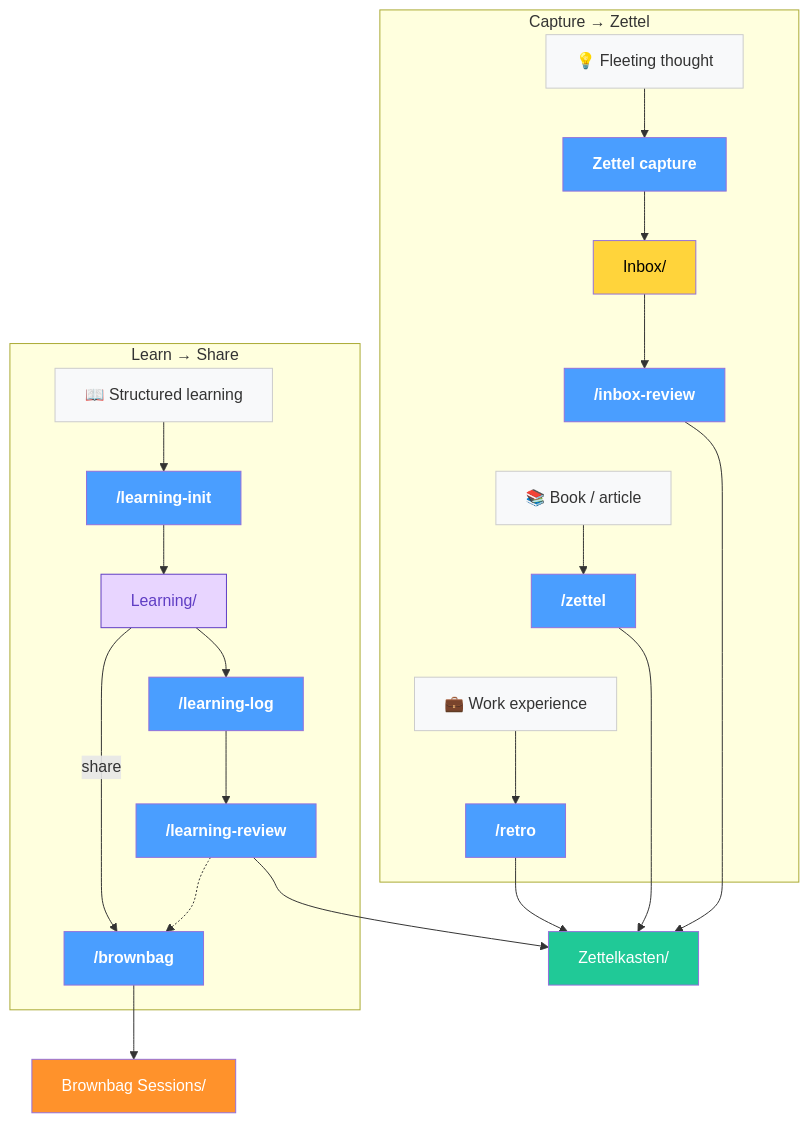
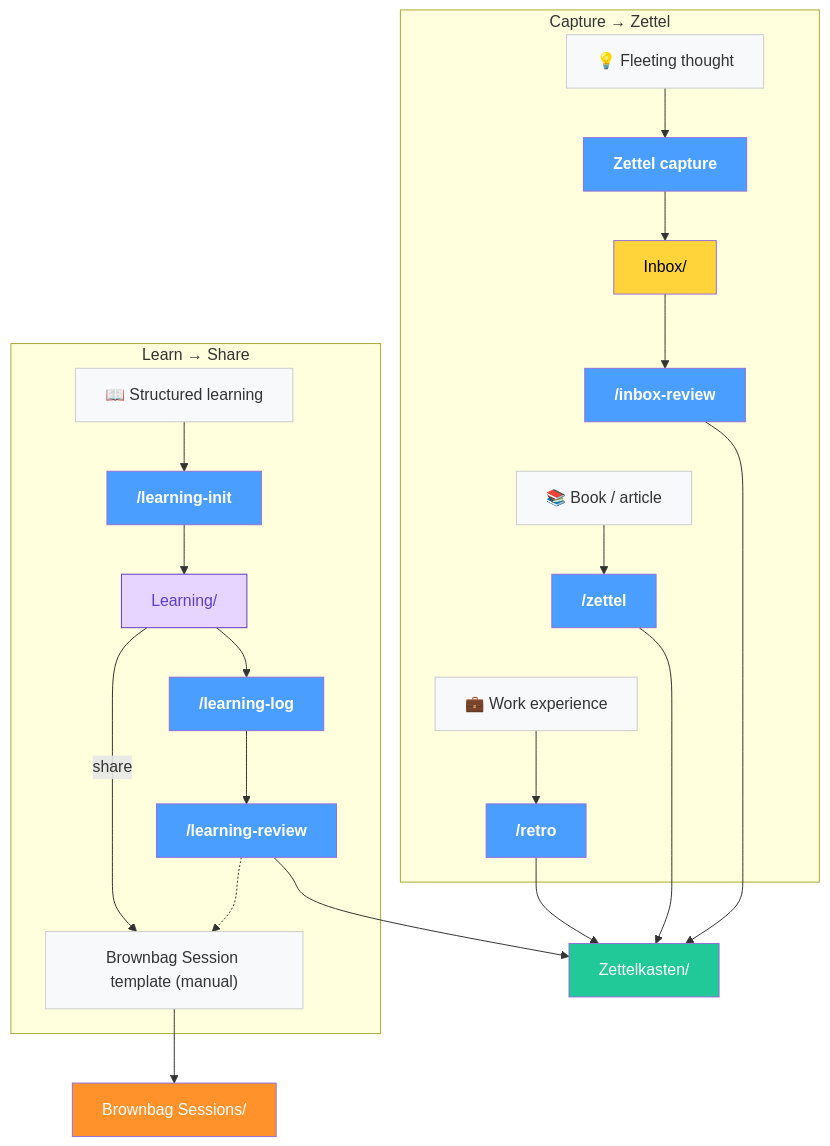
The third of 3 diagrams in README.md (yepengfan/obsidian-workflow), drawn with Mermaid before and after one commit. The commit also changed other lines of this file and 1 other file, not shown here.

Commit message:
Fix brownbag documentation and remove obsolete CLI prerequisite

````diff
--- a/README.md
+++ b/README.md
@@ -144,35 +144,35 @@
 ```mermaid
 flowchart TD
     classDef cmd fill:#4a9eff,color:#fff,font-weight:bold
     classDef store fill:#20c997,color:#fff
     classDef inbox fill:#ffd43b,color:#000
     classDef source fill:#f8f9fa,color:#333,stroke:#ccc
     classDef plan fill:#e8d5ff,color:#5f3dc4,stroke:#5f3dc4
     classDef output fill:#ff922b,color:#fff
 
     subgraph capture ["Capture → Zettel"]
         THOUGHT["💡 Fleeting thought"]:::source
         THOUGHT --> BTN["Zettel capture"]:::cmd
         BTN --> INBOX["Inbox/"]:::inbox
         INBOX --> IR["/inbox-review"]:::cmd
         IR ~~~ BOOK["📚 Book / article"]:::source
         BOOK --> ZT["/zettel"]:::cmd
         ZT ~~~ WORK_EXP["💼 Work experience"]:::source
         WORK_EXP --> RT["/retro"]:::cmd
     end
 
     subgraph learn ["Learn → Share"]
         COURSE["📖 Structured learning"]:::source --> LI["/learning-init"]:::cmd
         LI --> PLAN["Learning/"]:::plan
         PLAN --> LL["/learning-log"]:::cmd
         LL --> LR["/learning-review"]:::cmd
-        LR -.-> BB["/brownbag"]:::cmd
+        LR -.-> BB["Brownbag Session template (manual)"]:::source
     end
 
     IR --> ZK["Zettelkasten/"]:::store
     ZT --> ZK
     RT --> ZK
     LR --> ZK
     PLAN -->|share| BB
     BB --> BBS["Brownbag Sessions/"]:::output
 ```
````
